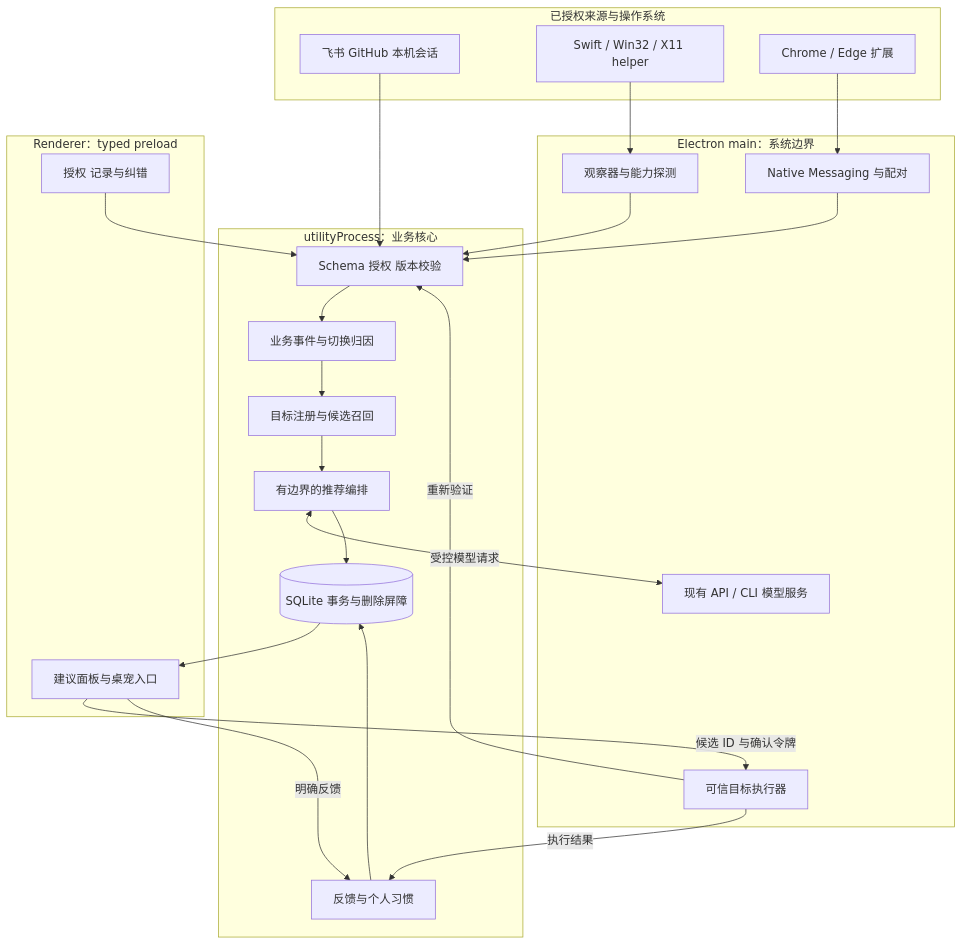
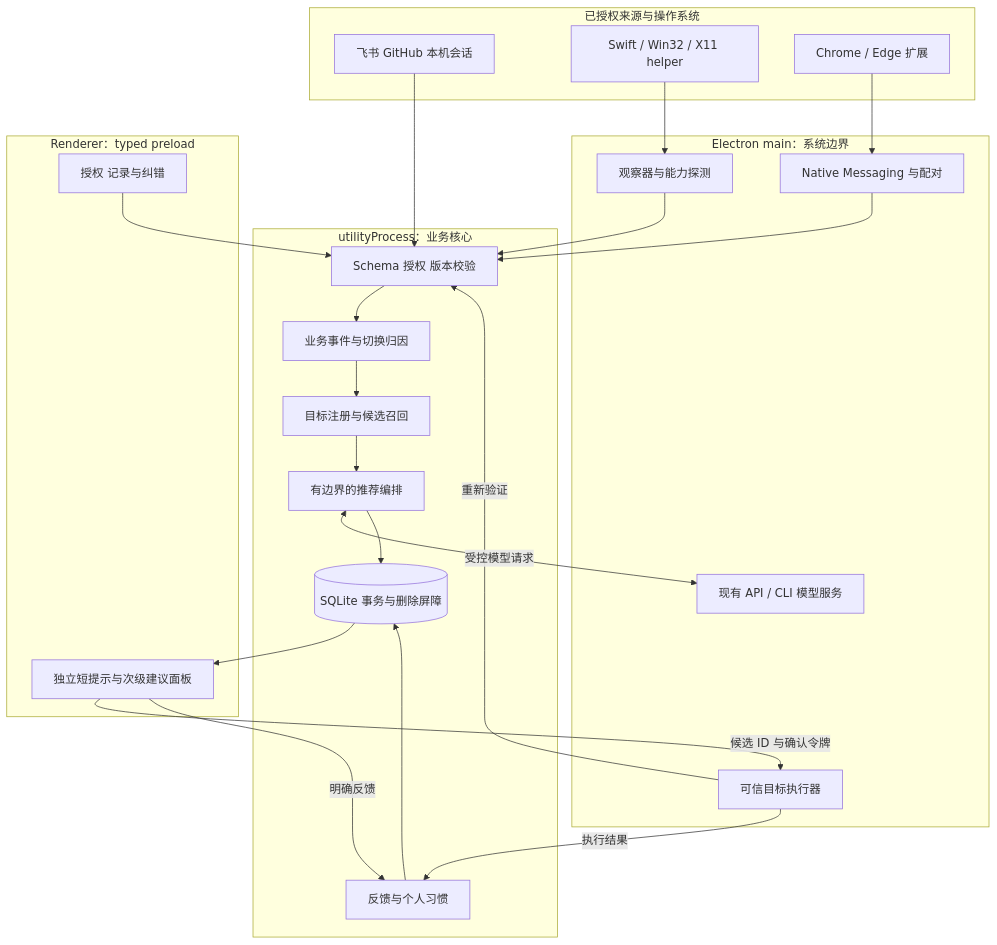
Before and after one commit to bread-ovO/bugu-notes: the second of 5 diagrams in docs/product/BUGU_猜你想做_完整实现方案.md, drawn with Mermaid. The commit also changed other lines of this file and 2 other files, not shown here.

````diff
--- a/docs/product/BUGU_猜你想做_完整实现方案.md
+++ b/docs/product/BUGU_猜你想做_完整实现方案.md
@@ -229,39 +243,39 @@
 ```mermaid
 flowchart TB
   subgraph Outside[已授权来源与操作系统]
     Source[飞书 GitHub 本机会话]
     Native[Swift / Win32 / X11 helper]
     Browser[Chrome / Edge 扩展]
   end
   subgraph Main[Electron main：系统边界]
     Observe[观察器与能力探测]
     Host[Native Messaging 与配对]
     Broker[可信目标执行器]
     Provider[现有 API / CLI 模型服务]
   end
   subgraph Core[utilityProcess：业务核心]
     Gate[Schema 授权 版本校验]
     Context[业务事件与切换归因]
     Registry[目标注册与候选召回]
     Agent[有边界的推荐编排]
     Learn[反馈与个人习惯]
     DB[(SQLite 事务与删除屏障)]
   end
   subgraph UI[Renderer：typed preload]
-    Panel[建议面板与桌宠入口]
+    Panel[独立短提示与次级建议面板]
     Settings[授权 记录与纠错]
   end
   Source --> Gate
   Native --> Observe --> Gate
   Browser --> Host --> Gate
   Gate --> Context --> Registry --> Agent
   Agent <-->|受控模型请求| Provider
   Agent --> DB
   Learn --> DB
   DB --> Panel
   Settings --> Gate
   Panel -->|候选 ID 与确认令牌| Broker
   Broker -->|重新验证| Gate
   Broker -->|执行结果| Learn
   Panel -->|明确反馈| Learn
 ```
````
